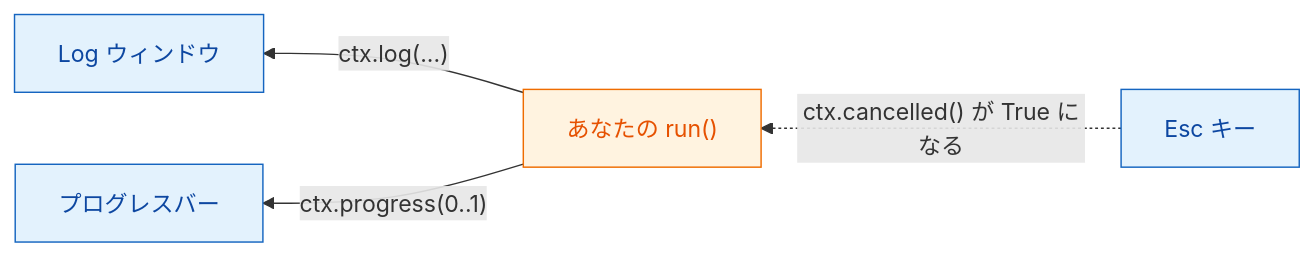
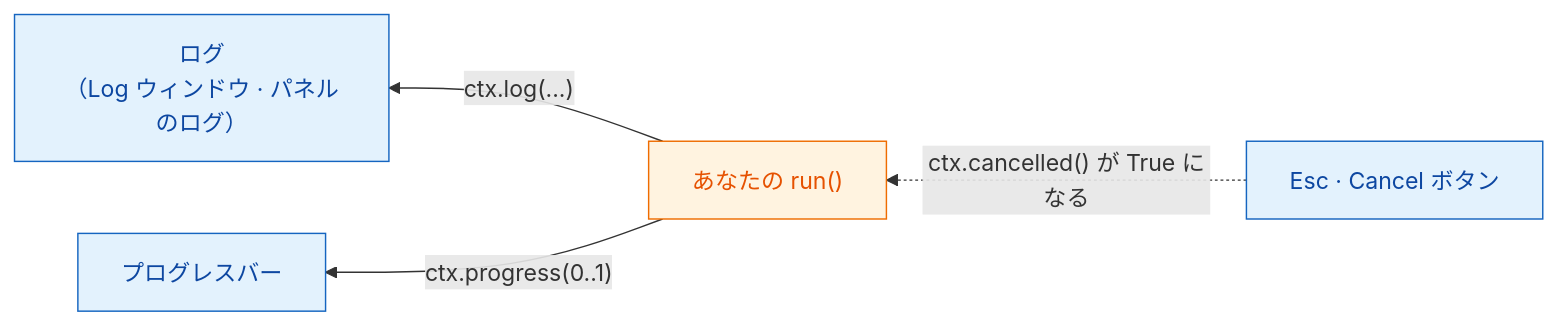
One commit to Oxford-Zeiss-Centre-of-Excellence/Wavu changed the diagram in guide/write/logs-progress-cancel.ja.md. Above: the diagram before and after it, drawn with Mermaid. The commit also changed other lines of this file and 70 other files, not shown here.

````diff
--- a/guide/write/logs-progress-cancel.ja.md
+++ b/guide/write/logs-progress-cancel.ja.md
@@ -15,13 +24,13 @@
 ```mermaid
 flowchart RL
     S["あなたの run()"]:::script
-    L["Log ウィンドウ"]:::fiji
+    L["ログ<br/>（Log ウィンドウ · パネルのログ）"]:::fiji
     P["プログレスバー"]:::fiji
-    E["Esc キー"]:::fiji
+    E["Esc · Cancel ボタン"]:::fiji
     S -- "ctx.log(...)" --> L
     S -- "ctx.progress(0..1)" --> P
     E -. "ctx.cancelled() が True になる" .-> S
 
     classDef fiji   fill:#e3f2fd,stroke:#1565c0,color:#0d47a1
     classDef script fill:#fff3e0,stroke:#ef6c00,color:#e65100
 ```
````
